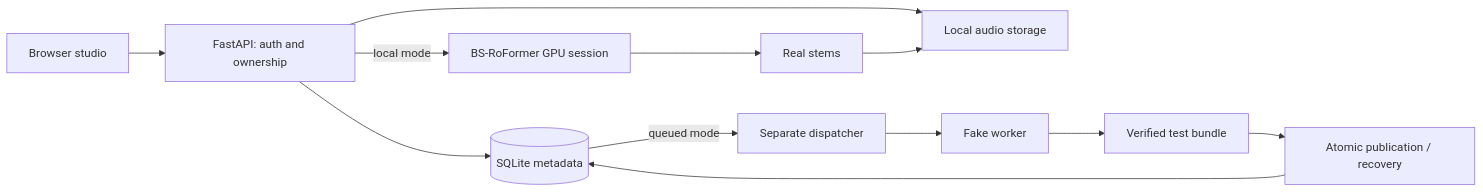
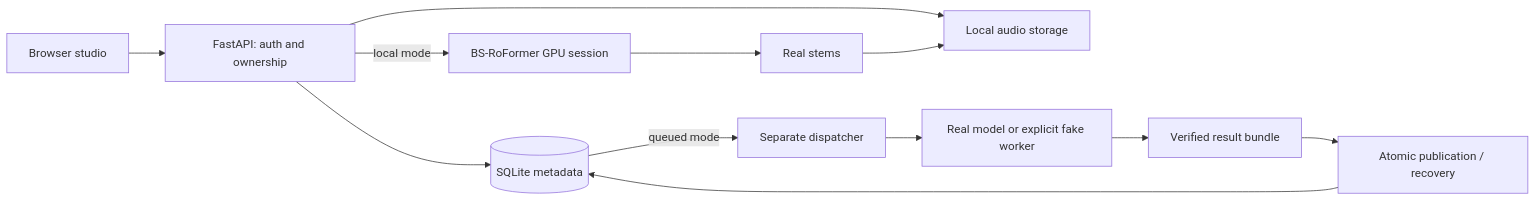
One commit to Ian0520/isojam changed the diagram in README.md. Above: the diagram before and after it, drawn with Mermaid. The commit also changed other lines of this file and 16 other files, not shown here.

Commit message:
feat: connect real model worker to queued dispatch

````diff
--- a/README.md
+++ b/README.md
@@ -46,14 +47,14 @@
 ```mermaid
 flowchart LR
     Browser[Browser studio] --> API[FastAPI: auth and ownership]
     API --> DB[(SQLite metadata)]
     API --> Uploads[Local audio storage]
     API -->|local mode| Model[BS-RoFormer GPU session]
     Model --> Stems[Real stems]
     Stems --> Uploads
     DB -->|queued mode| Dispatcher[Separate dispatcher]
-    Dispatcher --> Fake[Fake worker]
-    Fake --> Bundle[Verified test bundle]
+    Dispatcher --> Worker[Real model or explicit fake worker]
+    Worker --> Bundle[Verified result bundle]
     Bundle --> Publish[Atomic publication / recovery]
     Publish --> DB
 ```
````
